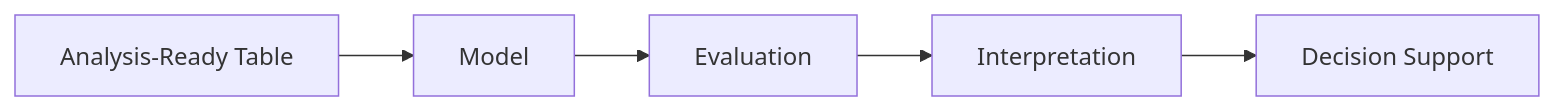
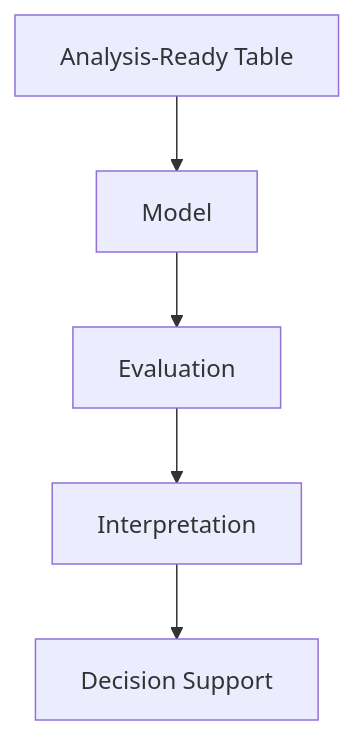
The second of 3 diagrams in 07-from-analysis-to-ml.qmd (tmbuza/data-science-foundations), drawn with Mermaid before and after one commit. The commit also changed other lines of this file and 27 other files, not shown here.

````diff
--- a/07-from-analysis-to-ml.qmd
+++ b/07-from-analysis-to-ml.qmd
@@ -225,7 +234,7 @@
 ```{mermaid}
-flowchart LR
+flowchart TD
     A[Analysis-Ready Table] --> B[Model]
     B --> C[Evaluation]
     C --> D[Interpretation]
     D --> E[Decision Support]
 ```
````
